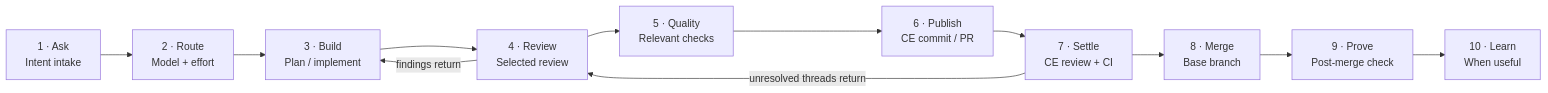
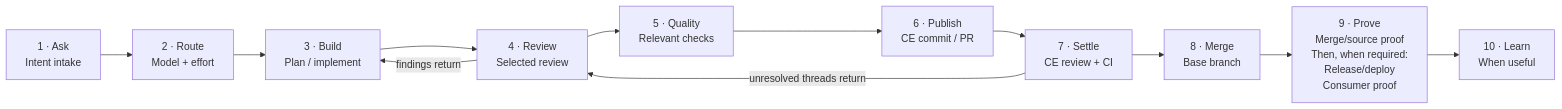
Before and after one commit to novotnyllc/railyard: the diagram in site/src/diagrams/m2-delivery-lifecycle.mmd, drawn with Mermaid. The commit also changed 20 other files, not shown here.

```diff
--- a/site/src/diagrams/m2-delivery-lifecycle.mmd
+++ b/site/src/diagrams/m2-delivery-lifecycle.mmd
@@ -1,14 +1,14 @@
 flowchart LR
     accTitle: M2 delivery lifecycle sequence
-    accDescr: An authorized shipping workflow uses selected review, CE settlement, merge, and proof. Learning is optional; narrower requests stop at their requested outcome.
+    accDescr: A shipping workflow uses selected review and CE settlement. Proof covers merge/source checks and, when required by the selected authorized endpoint, release or deployment followed by consumer verification. Learning is optional; narrower requests stop at their requested outcome.
     A["1 · Ask<br/>Intent intake"] --> B["2 · Route<br/>Model + effort"]
     B --> C["3 · Build<br/>Plan / implement"]
     C --> D["4 · Review<br/>Selected review"]
     D --> E["5 · Quality<br/>Relevant checks"]
     E --> F["6 · Publish<br/>CE commit / PR"]
     F --> G["7 · Settle<br/>CE review + CI"]
     G --> H["8 · Merge<br/>Base branch"]
-    H --> I["9 · Prove<br/>Post-merge check"]
+    H --> I["9 · Prove<br/>Merge/source proof<br/>Then, when required:<br/>Release/deploy<br/>Consumer proof"]
     I --> J["10 · Learn<br/>When useful"]
     D -->|findings return| C
     G -->|unresolved threads return| D
```
